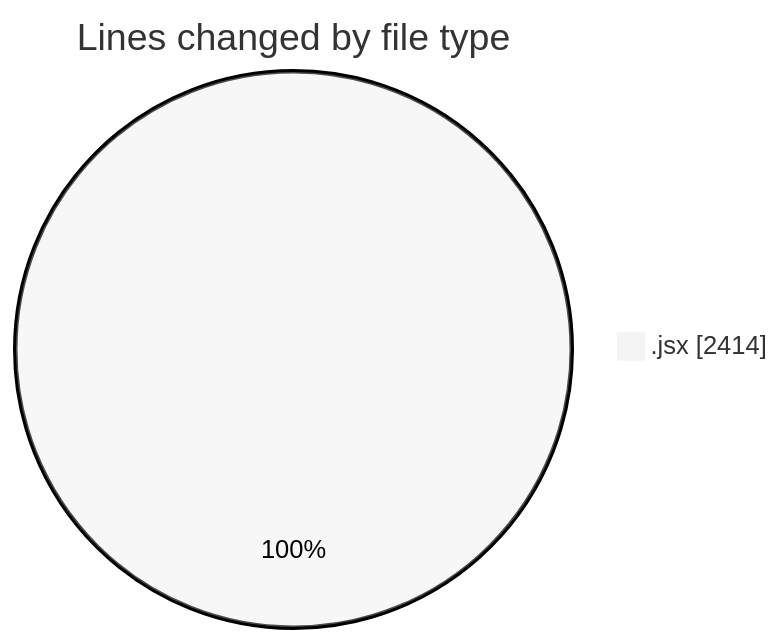
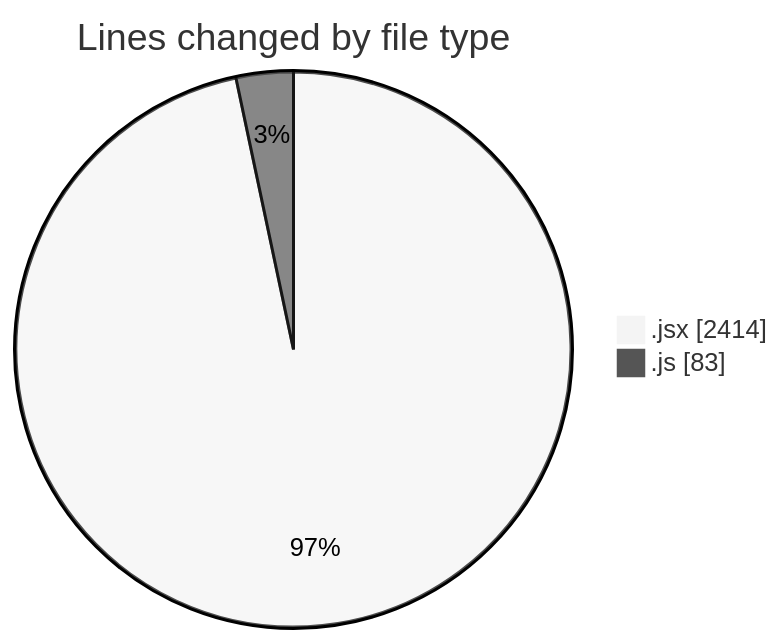
Before and after one commit to nxtqubesakshisongat/code-tracking: the first of 2 diagrams in 2025-08-26/nxtqube_webapp/README.md, drawn with Mermaid (neutral theme). The commit also changed other lines of this file and 1 other file, not shown here.

````diff
--- a/2025-08-26/nxtqube_webapp/README.md
+++ b/2025-08-26/nxtqube_webapp/README.md
@@ -26,5 +27,6 @@
 ```mermaid
 pie showData
 title Lines changed by file type
 ".jsx" : 2414
+".js" : 83
 ```
````
